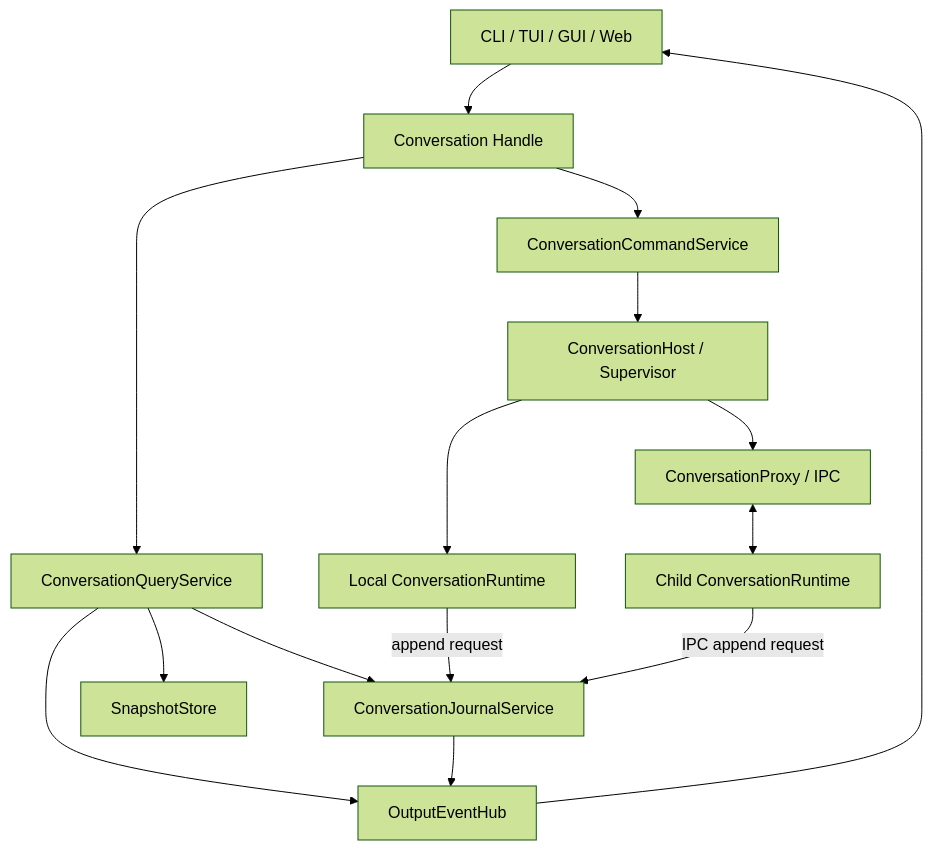
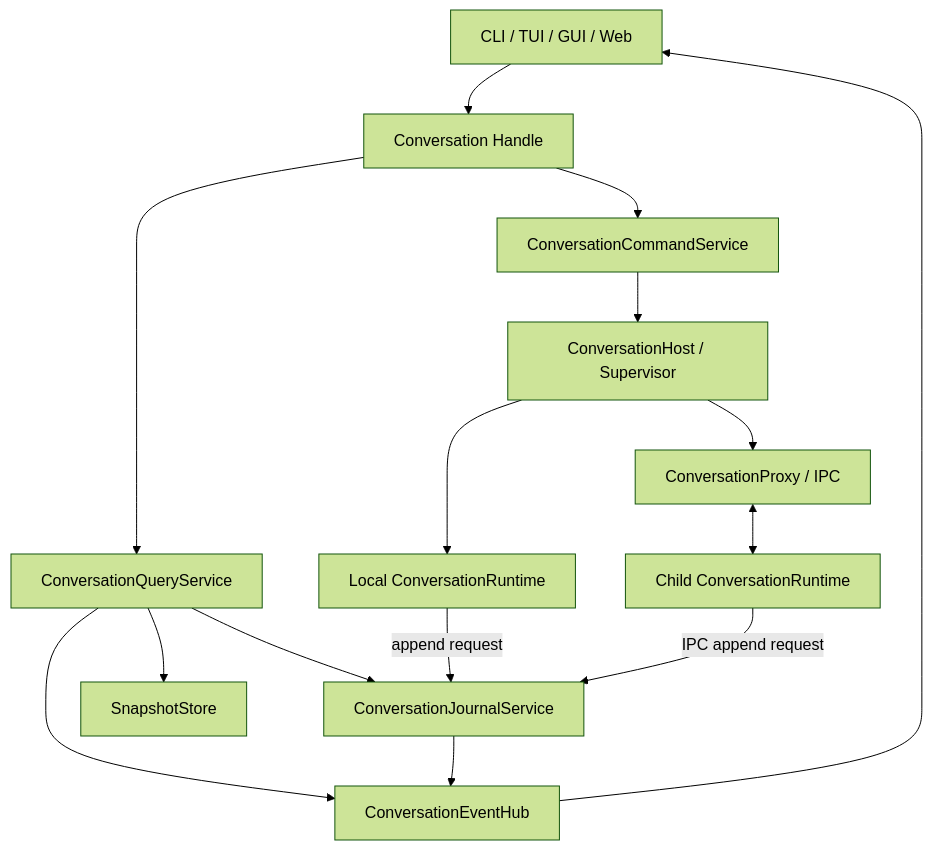
One commit to fanghuarunbalala/nova-writing changed the third of 26 diagrams in docs/architecture.md. Above: the diagram before and after it, drawn with Mermaid (forest theme). The commit also changed other lines of this file and 22 other files, not shown here.

````diff
--- a/docs/architecture.md
+++ b/docs/architecture.md
@@ -95,34 +153,34 @@
 ```mermaid
 flowchart TB
     Apps["CLI / TUI / GUI / Web"]
     Conversation["Conversation Handle"]
     QueryService["ConversationQueryService"]
     CommandService["ConversationCommandService"]
 
     Journal["ConversationJournalService"]
     Snapshot["SnapshotStore"]
-    EventHub["OutputEventHub"]
+    EventHub["ConversationEventHub"]
 
     Host["ConversationHost / Supervisor"]
     LocalRuntime["Local ConversationRuntime"]
     Proxy["ConversationProxy / IPC"]
     ChildRuntime["Child ConversationRuntime"]
 
     Apps --> Conversation
     Conversation --> QueryService
     Conversation --> CommandService
 
     QueryService --> Journal
     QueryService --> Snapshot
     QueryService --> EventHub
 
     CommandService --> Host
     Host --> LocalRuntime
     Host --> Proxy
     Proxy <--> ChildRuntime
 
     LocalRuntime -->|"append request"| Journal
     ChildRuntime -->|"IPC append request"| Journal
     Journal --> EventHub
     EventHub --> Apps
 ```
````
